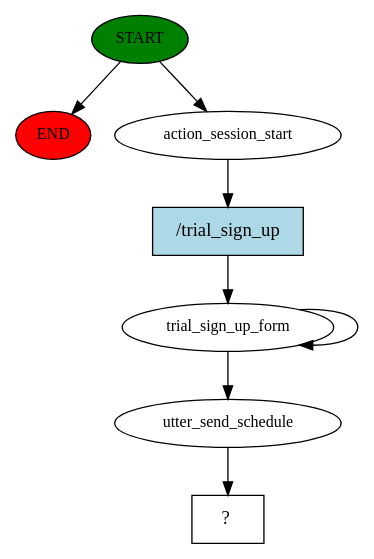
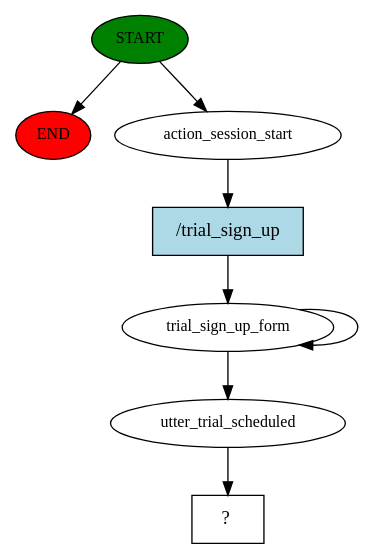
Before and after one commit to Gigit-AI-Corporation/rasa: the diagram in story_graph.dot, drawn with Graphviz. The commit also changed 4 other files, not shown here.

```diff
--- a/story_graph.dot
+++ b/story_graph.dot
@@ -1,16 +1,16 @@
 digraph  {
 0 [class="start active", fillcolor=green, fontsize=12, label=START, style=filled];
 "-1" [class=end, fillcolor=red, fontsize=12, label=END, style=filled];
 1 [class=active, fontsize=12, label=action_session_start];
 2 [class=active, fontsize=12, label=trial_sign_up_form];
-7 [class=active, fontsize=12, label=utter_send_schedule];
-8 [class="intent dashed active", label="  ?  ", shape=rect];
-9 [class="intent active", fillcolor=lightblue, label="/trial_sign_up", shape=rect, style=filled];
+8 [class=active, fontsize=12, label=utter_trial_scheduled];
+9 [class="intent dashed active", label="  ?  ", shape=rect];
+10 [class="intent active", fillcolor=lightblue, label="/trial_sign_up", shape=rect, style=filled];
 0 -> "-1"  [class="", key=NONE, label=""];
 0 -> 1  [class=active, key=NONE, label=""];
-1 -> 9  [class=active, key=0];
+1 -> 10  [class=active, key=0];
 2 -> 2  [class=active, key=NONE, label=""];
-2 -> 7  [class=active, key=NONE, label=""];
-7 -> 8  [class=active, key=NONE, label=""];
-9 -> 2  [class=active, key=0];
+2 -> 8  [class=active, key=NONE, label=""];
+8 -> 9  [class=active, key=NONE, label=""];
+10 -> 2  [class=active, key=0];
 }
```
